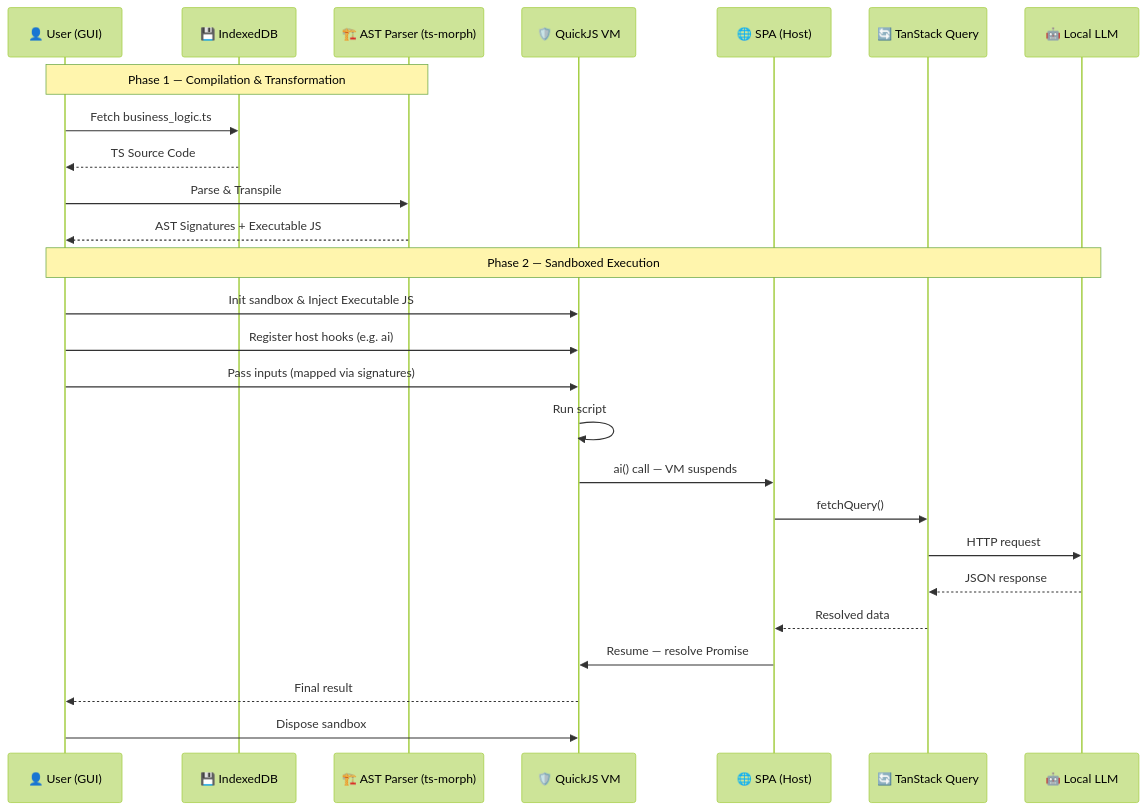
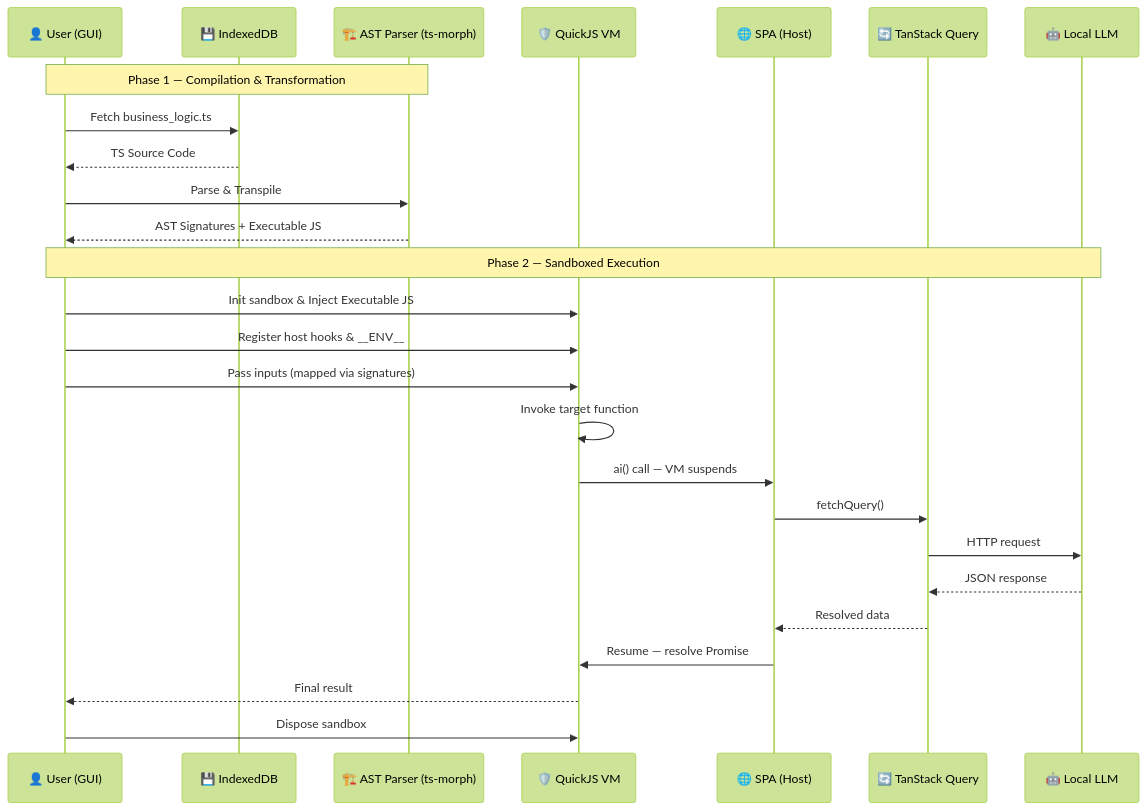
Before and after one commit to rimvydasb/open-modeler-ts: the first of 3 diagrams in docs/ARCHITECTURE.md, drawn with Mermaid (forest theme). The commit also changed other lines of this file and 1 other file, not shown here.

Commit message:
refactor execution engine documentation: update execute method signature to include functionName and envVars, and clarify sandbox execution flow

````diff
--- a/docs/ARCHITECTURE.md
+++ b/docs/ARCHITECTURE.md
@@ -50,28 +50,28 @@
 ```mermaid
 sequenceDiagram
     participant User as 👤 User (GUI)
     participant IDB as 💾 IndexedDB
     participant AST as 🏗️ AST Parser (ts-morph)
     participant QJS as 🛡️ QuickJS VM
     participant SPA as 🌐 SPA (Host)
     participant TSQ as 🔄 TanStack Query
     participant LLM as 🤖 Local LLM
     Note over User, AST: Phase 1 — Compilation & Transformation
     User ->> IDB: Fetch business_logic.ts
     IDB -->> User: TS Source Code
     User ->> AST: Parse & Transpile
     AST -->> User: AST Signatures + Executable JS
     Note over User, LLM: Phase 2 — Sandboxed Execution
     User ->> QJS: Init sandbox & Inject Executable JS
-    User ->> QJS: Register host hooks (e.g. ai)
+    User ->> QJS: Register host hooks & __ENV__
     User ->> QJS: Pass inputs (mapped via signatures)
-    QJS ->> QJS: Run script
+    QJS ->> QJS: Invoke target function
     QJS ->> SPA: ai() call — VM suspends
     SPA ->> TSQ: fetchQuery()
     TSQ ->> LLM: HTTP request
     LLM -->> TSQ: JSON response
     TSQ -->> SPA: Resolved data
     SPA ->> QJS: Resume — resolve Promise
     QJS -->> User: Final result
     User ->> QJS: Dispose sandbox
 ```
````
